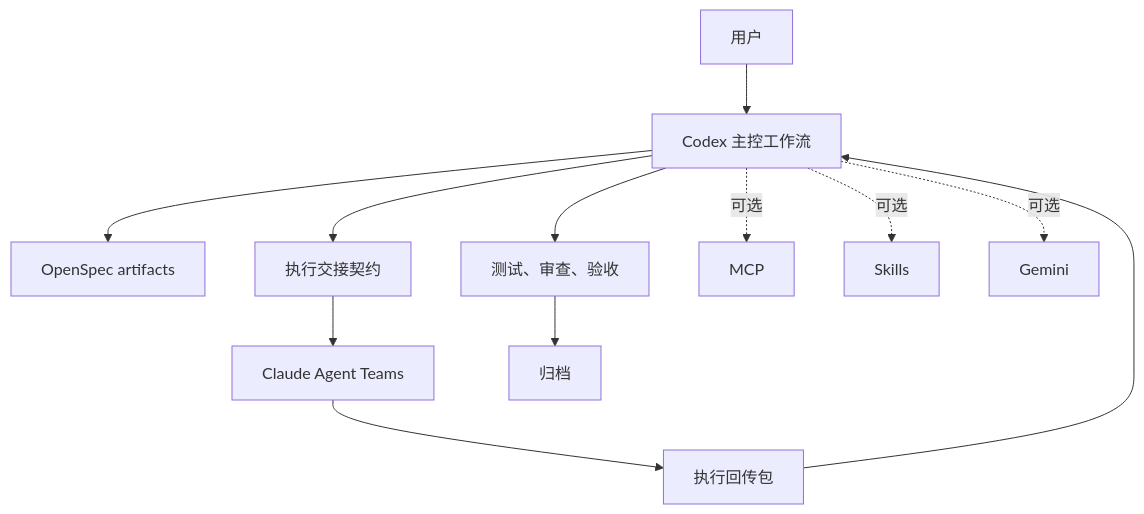
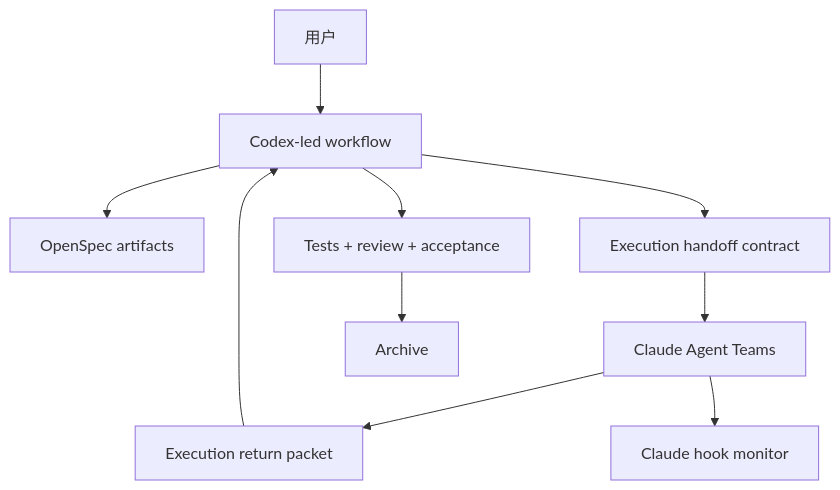
The diagram in README.zh-CN.md (Catsofsuffering/CCGS), drawn with Mermaid before and after one commit. The commit also changed other lines of this file and 228 other files, not shown here.

Commit message:
feat: replace wrapper monitor with claude hook monitor

````diff
--- a/README.zh-CN.md
+++ b/README.zh-CN.md
@@ -133,14 +106,12 @@
 ```mermaid
 graph TD
-    User["用户"] --> Codex["Codex 主控工作流"]
+    User["用户"] --> Codex["Codex-led workflow"]
     Codex --> OpenSpec["OpenSpec artifacts"]
-    Codex --> Contract["执行交接契约"]
+    Codex --> Contract["Execution handoff contract"]
     Contract --> Claude["Claude Agent Teams"]
-    Claude --> Packet["执行回传包"]
+    Claude --> Packet["Execution return packet"]
     Packet --> Codex
-    Codex --> Verify["测试、审查、验收"]
-    Verify --> Archive["归档"]
-    Codex -. 可选 .-> MCP["MCP"]
-    Codex -. 可选 .-> Skills["Skills"]
-    Codex -. 可选 .-> Gemini["Gemini"]
+    Codex --> Verify["Tests + review + acceptance"]
+    Verify --> Archive["Archive"]
+    Claude --> Monitor["Claude hook monitor"]
 ```
````
